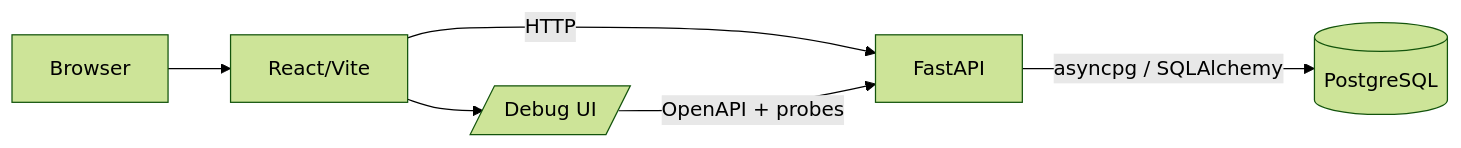
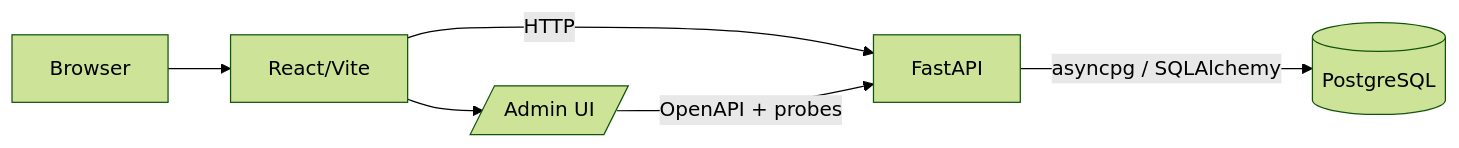
The first of 4 diagrams in README.md (aske312/project_403), drawn with Mermaid (forest theme) before and after one commit. The commit also changed other lines of this file and 10 other files, not shown here.

````diff
--- a/README.md
+++ b/README.md
@@ -212,8 +213,8 @@
 ```mermaid
 flowchart LR
     Browser[Browser] --> Frontend[React/Vite]
     Frontend -->|HTTP| Backend[FastAPI]
     Backend -->|asyncpg / SQLAlchemy| DB[(PostgreSQL)]
-    Frontend --> Debug[/Debug UI/]
-    Debug -->|OpenAPI + probes| Backend
+    Frontend --> Admin[/Admin UI/]
+    Admin -->|OpenAPI + probes| Backend
 ```
````
